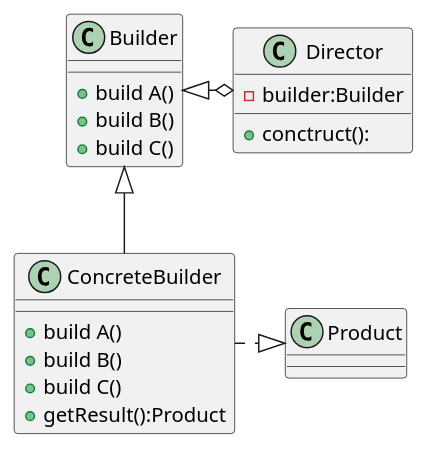
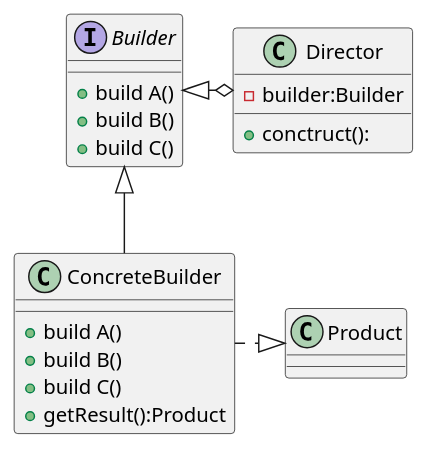
Before and after one commit to Vadym-Tsymbalistyi/mastering-software-development: the diagram in Design_Patterns/Builder/builder.puml, drawn with PlantUML.

Commit message:
edited uml,add interface

```diff
--- a/Design_Patterns/Builder/builder.puml
+++ b/Design_Patterns/Builder/builder.puml
@@ -1,16 +1,17 @@
 @startuml
+interface Builder
 Director o--left|> Builder
 Director : -builder:Builder
 Director : +conctruct():
 
 Builder <|-- ConcreteBuilder
 Builder : +build A()
 Builder : +build B()
 Builder : +build C()
 
 ConcreteBuilder .right.|> Product
 ConcreteBuilder : +build A()
 ConcreteBuilder : +build B()
 ConcreteBuilder : +build C()
 ConcreteBuilder : +getResult():Product
 @enduml
```
